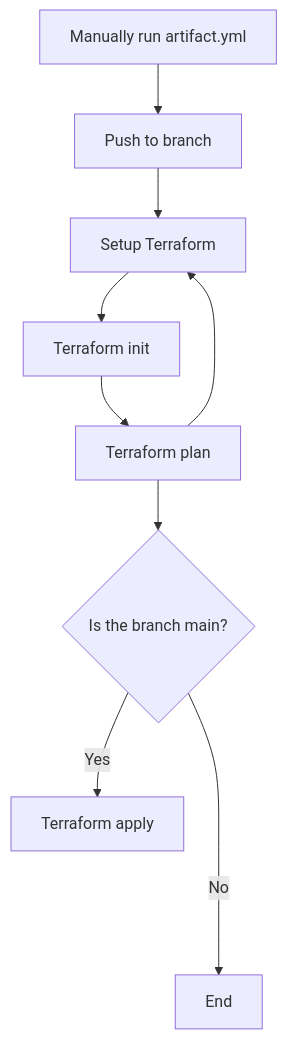
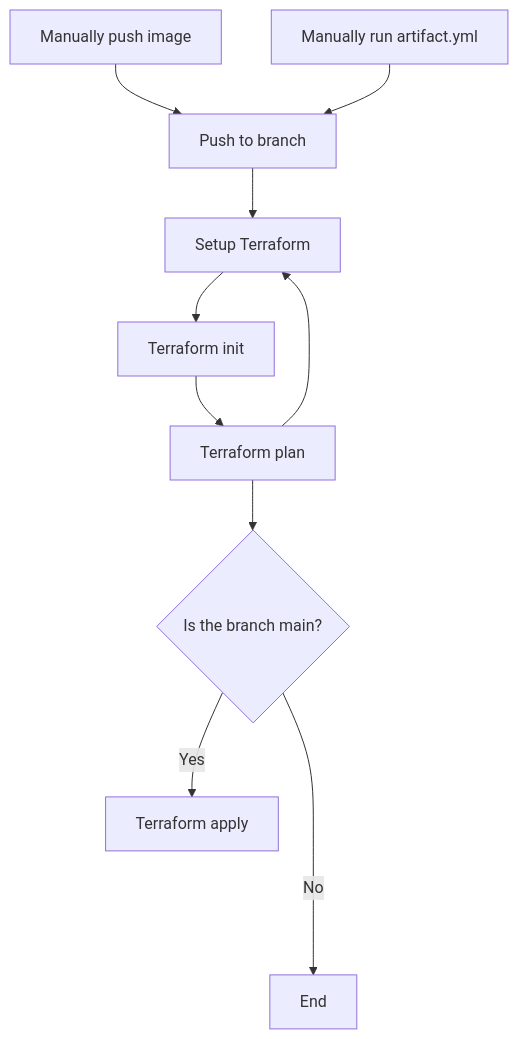
Before and after one commit to chroma-core/chroma: the diagram in examples/deployments/terraform-gcp-github-actions/README.md, drawn with Mermaid. The commit also changed other lines of this file and 1 other file, not shown here.

````diff
--- a/examples/deployments/terraform-gcp-github-actions/README.md
+++ b/examples/deployments/terraform-gcp-github-actions/README.md
@@ -76,11 +114,12 @@
 ```mermaid
 flowchart TD
+    0[Manually push image] -->A
     1[Manually run artifact.yml] -->
     A[Push to branch]   -->
     B[Setup Terraform]  -->
     C[Terraform init]   -->
     D[Terraform plan]   --> E{Is the branch main?}
     E -->|Yes| F[Terraform apply]
     D --> B
     E ---->|No| G[End]
 ```
````
